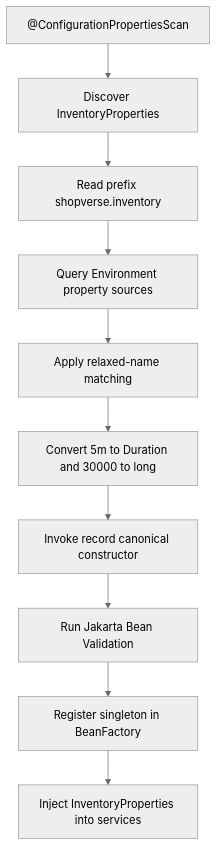
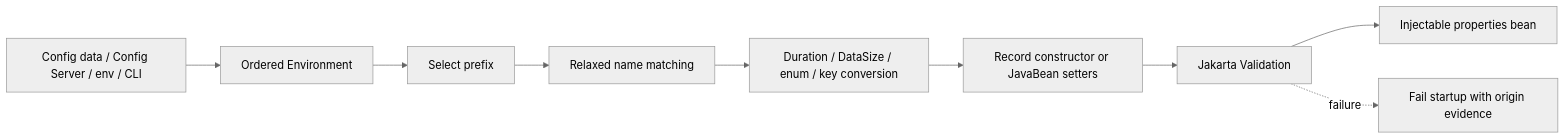
The diagram in documentation/docs/development/spring-boot-internals/CONFIGURATION-PROPERTIES.md (taukhir/shopverse), drawn with Mermaid (neutral theme) before and after one commit. The commit also changed other lines of this file and 4530 other files, not shown here.

Commit message:
Refactor shopverse storefront and refresh UI flows

````diff
--- a/documentation/docs/development/spring-boot-internals/CONFIGURATION-PROPERTIES.md
+++ b/documentation/docs/development/spring-boot-internals/CONFIGURATION-PROPERTIES.md
@@ -45,12 +28,11 @@
 ```mermaid
-flowchart TD
-    Scan["@ConfigurationPropertiesScan"] --> Discover["Discover InventoryProperties"]
-    Discover --> Prefix["Read prefix shopverse.inventory"]
-    Prefix --> Env["Query Environment property sources"]
-    Env --> Relaxed["Apply relaxed-name matching"]
-    Relaxed --> Convert["Convert 5m to Duration and 30000 to long"]
-    Convert --> Construct["Invoke record canonical constructor"]
-    Construct --> Validate["Run Jakarta Bean Validation"]
-    Validate --> Register["Register singleton in BeanFactory"]
-    Register --> Inject["Inject InventoryProperties into services"]
+flowchart LR
+    Sources["Config data / Config Server / env / CLI"] --> Environment["Ordered Environment"]
+    Environment --> Prefix["Select prefix"]
+    Prefix --> Names["Relaxed name matching"]
+    Names --> Convert["Duration / DataSize / enum / key conversion"]
+    Convert --> Construct["Record constructor or JavaBean setters"]
+    Construct --> Validate["Jakarta Validation"]
+    Validate --> Bean["Injectable properties bean"]
+    Validate -. failure .-> Startup["Fail startup with origin evidence"]
 ```
````
